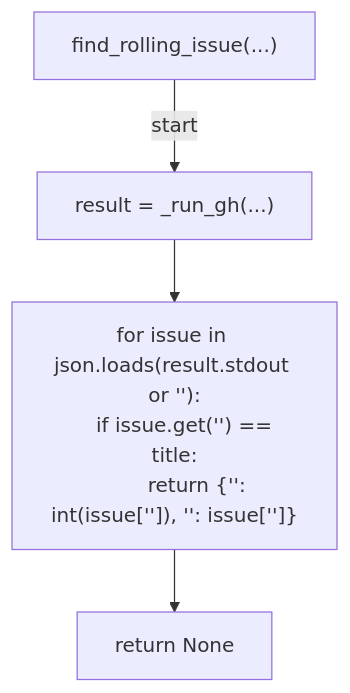
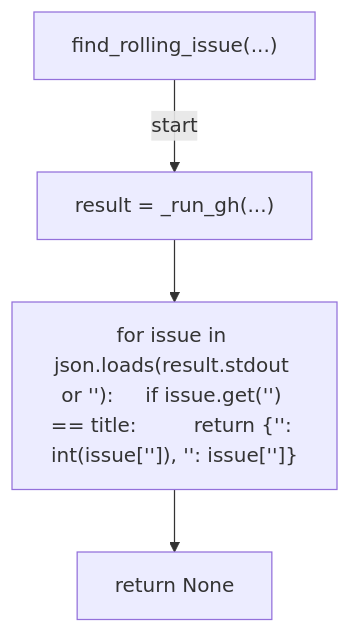
Before and after one commit to tvna/claude-md: diagram 26 of 38 in docs/generated/scripts/ast/ruleset_drift.md, drawn with Mermaid. The commit also changed other lines of this file and 29 other files, not shown here.

First line of the commit message:
docs(generated): regenerate decision tree and workflow diagrams (batch 3/5)

````diff
--- a/docs/generated/scripts/ast/ruleset_drift.md
+++ b/docs/generated/scripts/ast/ruleset_drift.md
@@ -337,12 +331,10 @@
 ```mermaid
 flowchart TD
     N001["find_rolling_issue(...)"]
     N002["result = _run_gh(...)"]
-    N003["for issue in json.loads(result.stdout or '<str>'):
-    if issue.get('<str>') == title:
-        return {'<str>': int(issue['<str>']), '<str>': issue['<str>']}"]
+    N003["for issue in json.loads(result.stdout or '<str>'):     if issue.get('<str>') == title:         return {'<str>': int(issue['<str>']), '<str>': issue['<str>']}"]
     N004["return None"]
     N001 -->|"start"| N002
     N002 --> N003
     N003 --> N004
 ```
````
